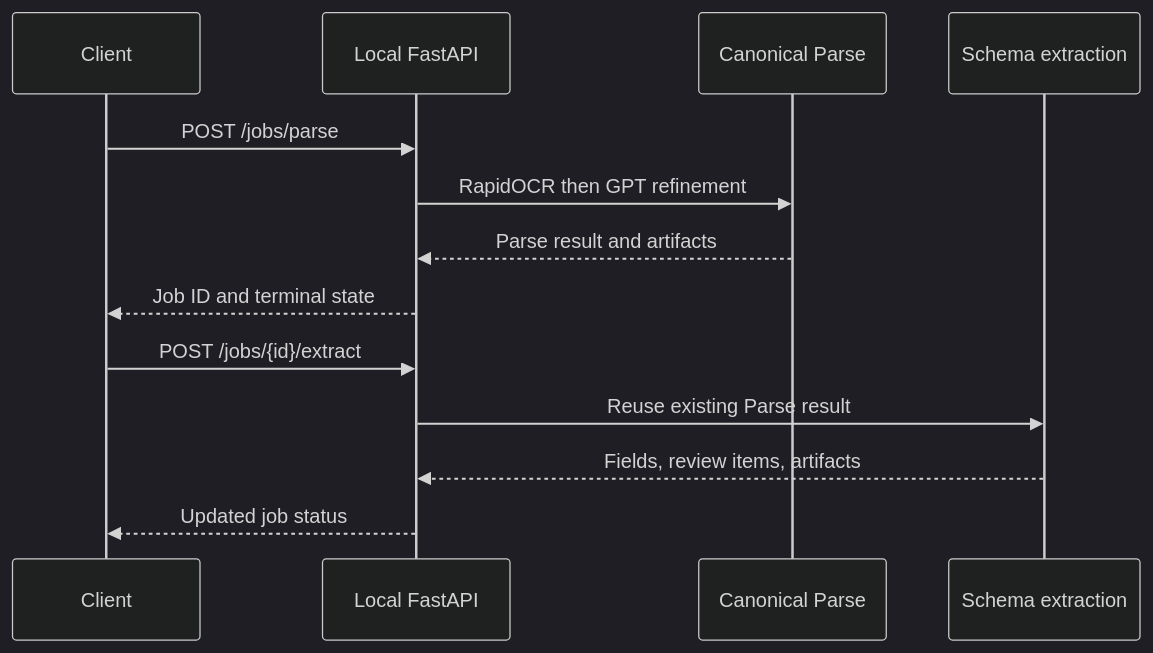
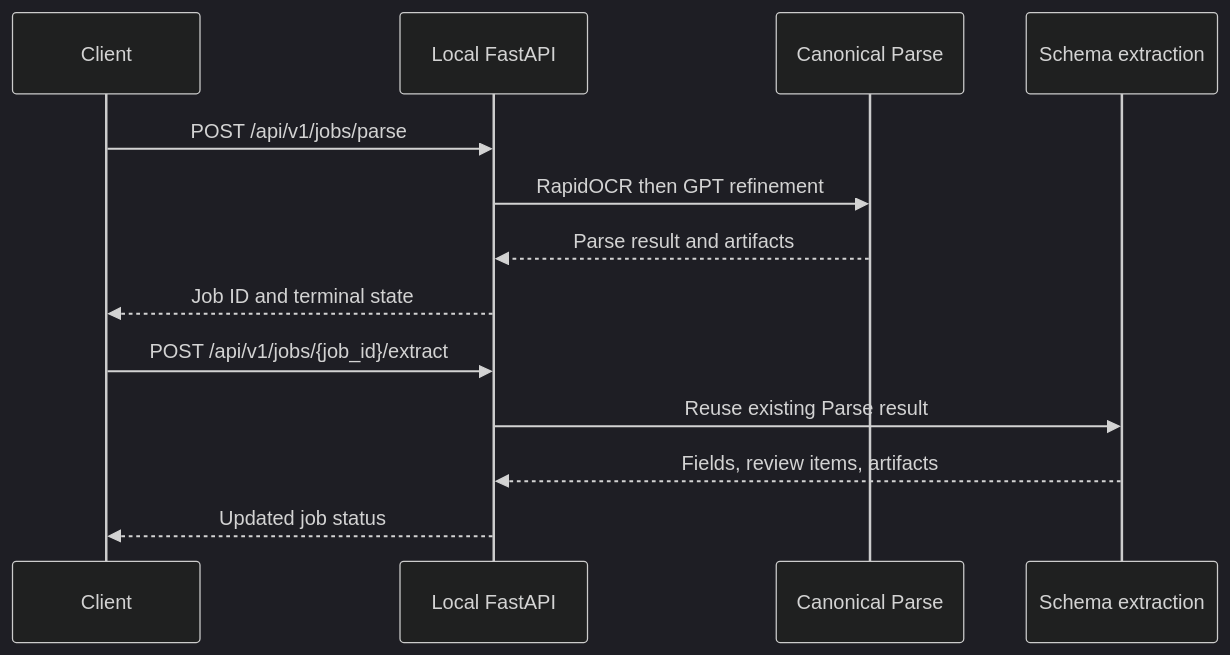
One commit to pypi-ahmad/OpenAI-X-RapidOCR-Agentic-Document_extraction changed the diagram in docs/API.md. Above: the diagram before and after it, drawn with Mermaid (dark theme). The commit also changed other lines of this file and 9 other files, not shown here.

````diff
--- a/docs/API.md
+++ b/docs/API.md
@@ -36,15 +36,15 @@
 ```mermaid
 sequenceDiagram
     participant Client
     participant API as Local FastAPI
     participant Parse as Canonical Parse
     participant Extract as Schema extraction
-    Client->>API: POST /jobs/parse
+    Client->>API: POST /api/v1/jobs/parse
     API->>Parse: RapidOCR then GPT refinement
     Parse-->>API: Parse result and artifacts
     API-->>Client: Job ID and terminal state
-    Client->>API: POST /jobs/{id}/extract
+    Client->>API: POST /api/v1/jobs/{job_id}/extract
     API->>Extract: Reuse existing Parse result
     Extract-->>API: Fields, review items, artifacts
     API-->>Client: Updated job status
 ```
````
